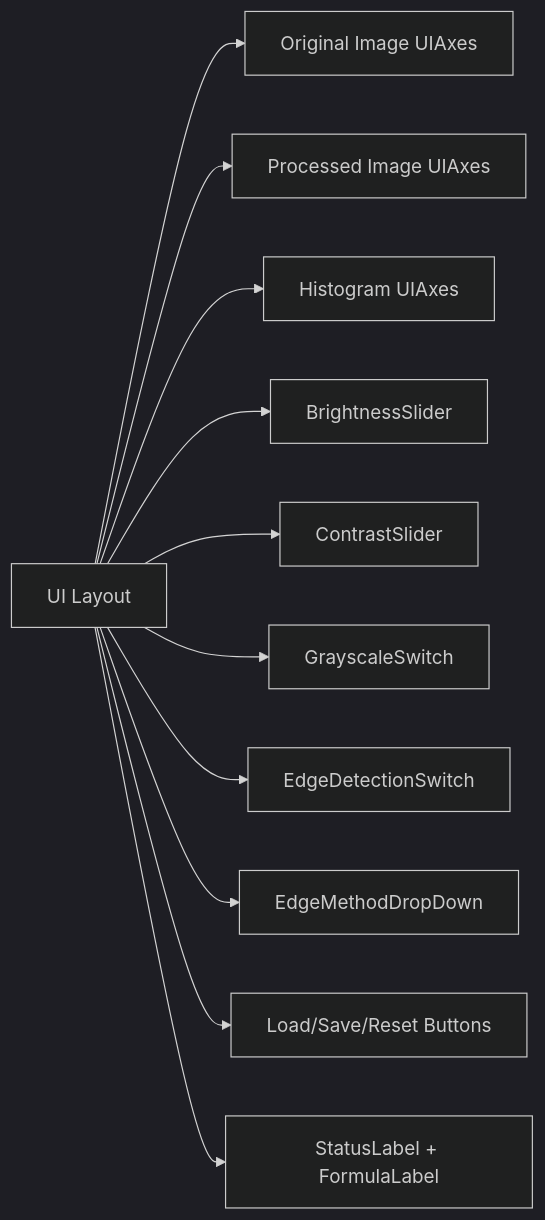
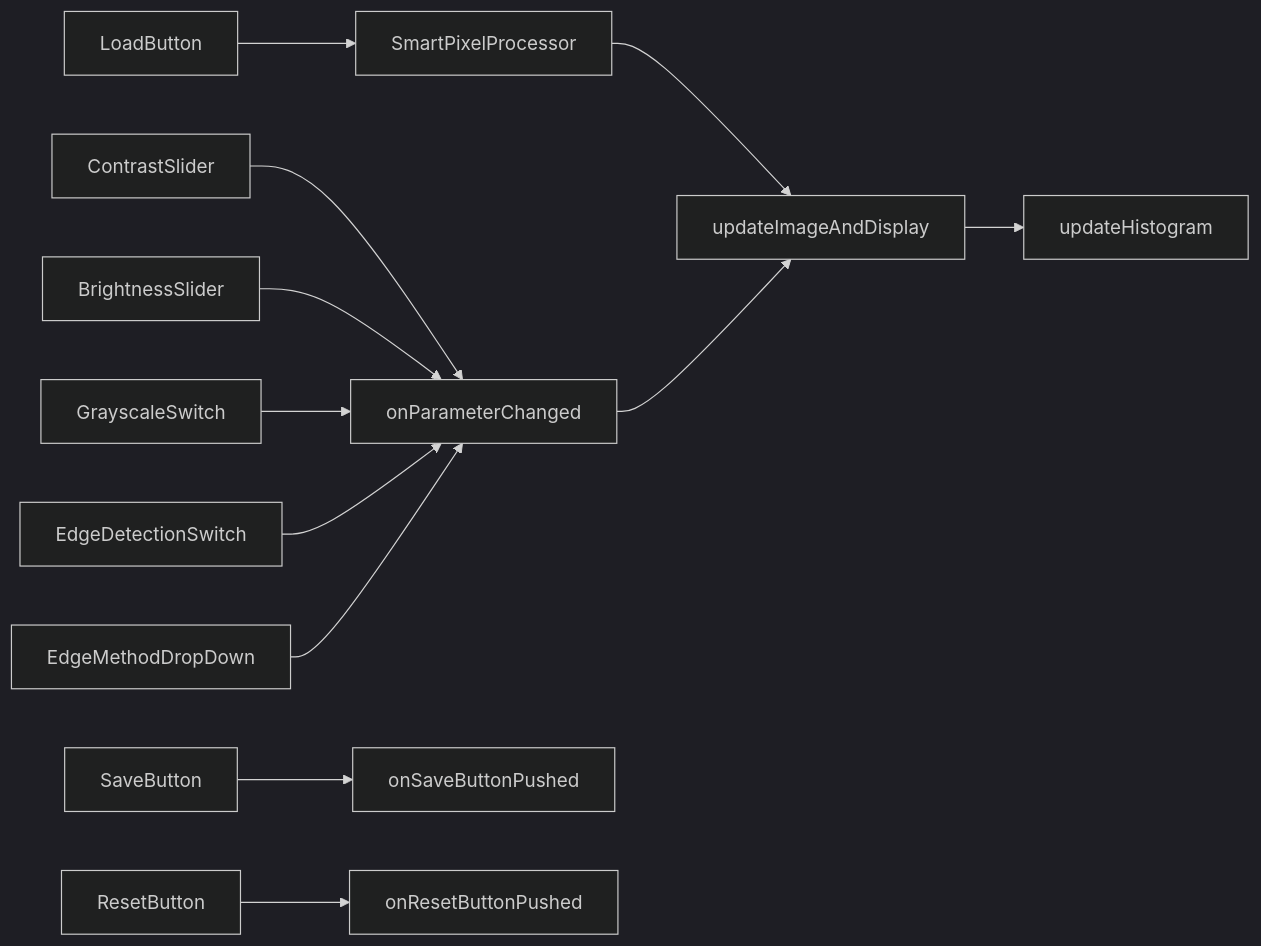
The fourth of 4 diagrams in README.md (DanoV1m/SmartPixelProcessor), drawn with Mermaid (dark theme) before and after one commit. The commit also changed other lines of this file and 3 other files, not shown here.

````diff
--- a/README.md
+++ b/README.md
@@ -63,13 +218,14 @@
 ```mermaid
-flowchart LR
-    UI[UI Layout] --> O[Original Image UIAxes]
-    UI --> P[Processed Image UIAxes]
-    UI --> H[Histogram UIAxes]
-    UI --> S[BrightnessSlider]
-    UI --> C[ContrastSlider]
-    UI --> G[GrayscaleSwitch]
-    UI --> E[EdgeDetectionSwitch]
-    UI --> M[EdgeMethodDropDown]
-    UI --> B[Load/Save/Reset Buttons]
-    UI --> L[StatusLabel + FormulaLabel]
+graph LR
+    LoadButton --> App[SmartPixelProcessor]
+    App --> updateImageAndDisplay
+    ContrastSlider --> onParameterChanged
+    BrightnessSlider --> onParameterChanged
+    GrayscaleSwitch --> onParameterChanged
+    EdgeDetectionSwitch --> onParameterChanged
+    EdgeMethodDropDown --> onParameterChanged
+    onParameterChanged --> updateImageAndDisplay
+    updateImageAndDisplay --> updateHistogram
+    SaveButton --> onSaveButtonPushed
+    ResetButton --> onResetButtonPushed
 ```
````
